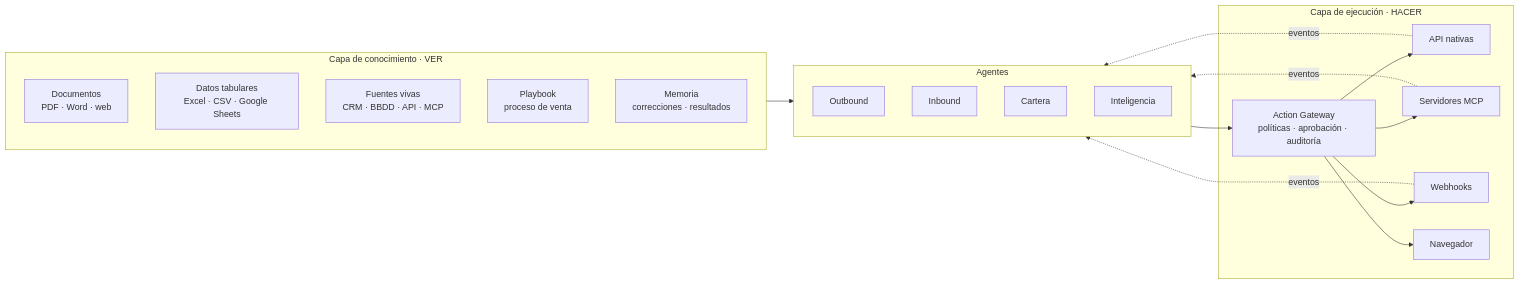
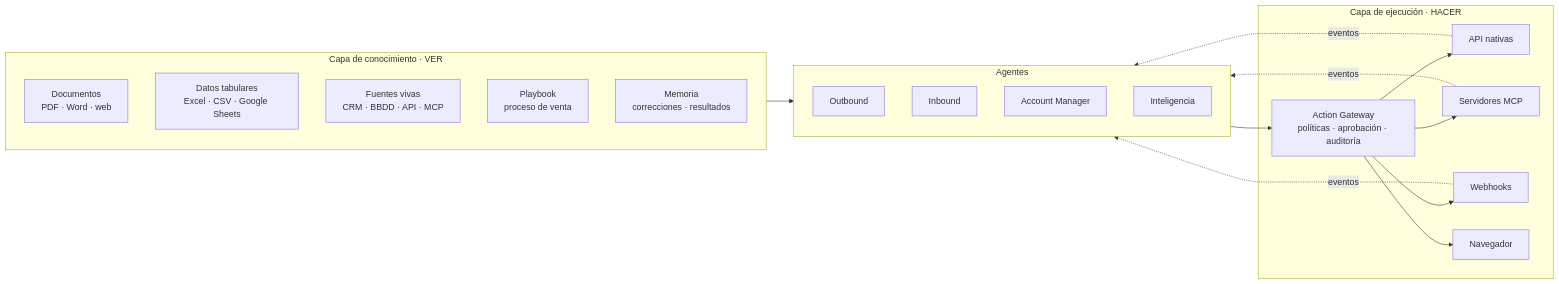
Before and after one commit to fredibaques/salesmate: the first of 5 diagrams in docs/PLAN.md, drawn with Mermaid. The commit also changed other lines of this file and 1 other file, not shown here.

First line of the commit message:
Rename portfolio agent to Account Manager and add satisfaction signals

````diff
--- a/docs/PLAN.md
+++ b/docs/PLAN.md
@@ -93,25 +93,25 @@
 ```mermaid
 flowchart LR
     subgraph VER[Capa de conocimiento · VER]
         D[Documentos<br/>PDF · Word · web]
         T[Datos tabulares<br/>Excel · CSV · Google Sheets]
         L[Fuentes vivas<br/>CRM · BBDD · API · MCP]
         P[Playbook<br/>proceso de venta]
         M[Memoria<br/>correcciones · resultados]
     end
     subgraph AG[Agentes]
         A1[Outbound]
         A2[Inbound]
-        A3[Cartera]
+        A3[Account Manager]
         A4[Inteligencia]
     end
     subgraph HACER[Capa de ejecución · HACER]
         GW[Action Gateway<br/>políticas · aprobación · auditoría]
         X1[API nativas]
         X2[Servidores MCP]
         X3[Webhooks]
         X4[Navegador]
     end
     VER --> AG --> GW --> X1 & X2 & X3 & X4
     X1 & X2 & X3 -. eventos .-> AG
 ```
````
